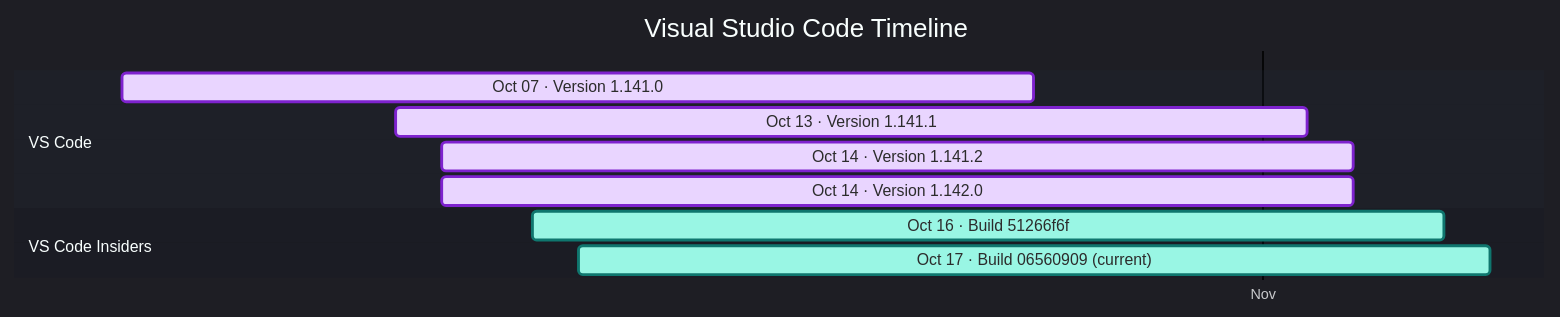
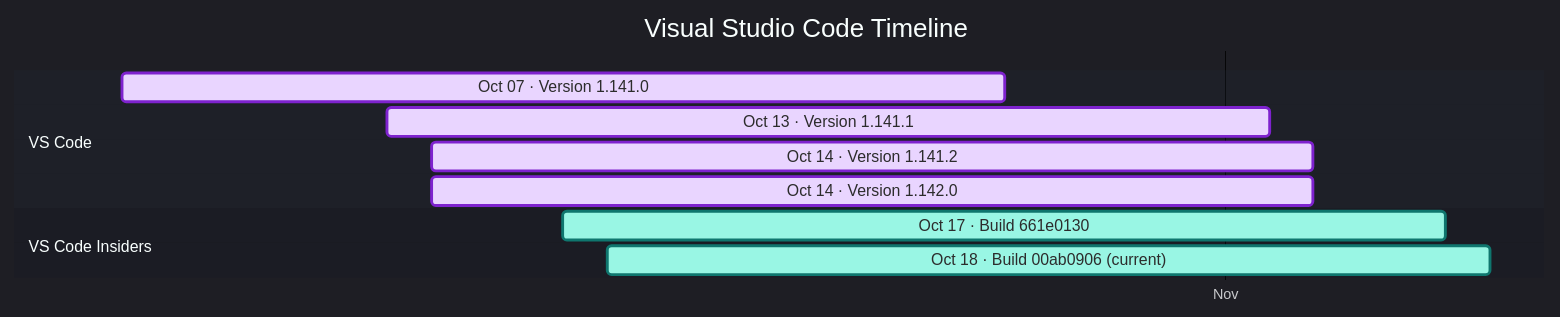
Before and after one commit to Oxelya-DevTools/VisualStudioUpdate: the diagram in docs/vscode.md, drawn with Mermaid. The commit also changed other lines of this file and 1 other file, not shown here.

````diff
--- a/docs/vscode.md
+++ b/docs/vscode.md
@@ -9,16 +9,16 @@
 ```mermaid
 %%{init: {'theme':'dark','themeVariables': { 'fontFamily': 'Segoe UI', 'fontSize': '24px', 'textColor': '#F3F4F6', 'titleTextColor': '#FFFFFF', 'taskTextColor': '#111827', 'taskTextLightColor': '#111827', 'taskTextOutsideColor': '#F3F4F6', 'taskBkgColor': '#BAE6FD', 'taskBorderColor': '#0369A1', 'doneTaskBkgColor': '#E9D5FF', 'doneTaskBorderColor': '#7E22CE', 'activeTaskBkgColor': '#99F6E4', 'activeTaskBorderColor': '#0F766E', 'critTaskBkgColor': '#FED7AA', 'critTaskBorderColor': '#C2410C', 'sectionBkgColor': '#1F2937', 'altSectionBkgColor': '#111827', 'gridColor': '#4B5563', 'todayLineColor': '#F87171' }}}%%
 gantt
     title Visual Studio Code Timeline
     dateFormat  YYYY-MM-DD
     axisFormat  %b
     tickInterval 1month
     section VS Code
     Oct 07 · Version 1.141.0 : done, vscode202610070, 2026-10-07, 20d
     Oct 13 · Version 1.141.1 : done, vscode202610131, 2026-10-13, 20d
     Oct 14 · Version 1.141.2 : done, vscode202610142, 2026-10-14, 20d
     Oct 14 · Version 1.142.0 : done, vscode202610143, 2026-10-14, 20d
     section VS Code Insiders
-    Oct 16 · Build 51266f6f : active, vscodeinsiders202610160, 2026-10-16, 20d
-    Oct 17 · Build 06560909 (current) : active, vscodeinsiders202610171, 2026-10-17, 20d
+    Oct 17 · Build 661e0130 : active, vscodeinsiders202610170, 2026-10-17, 20d
+    Oct 18 · Build 00ab0906 (current) : active, vscodeinsiders202610181, 2026-10-18, 20d
 ```
````
